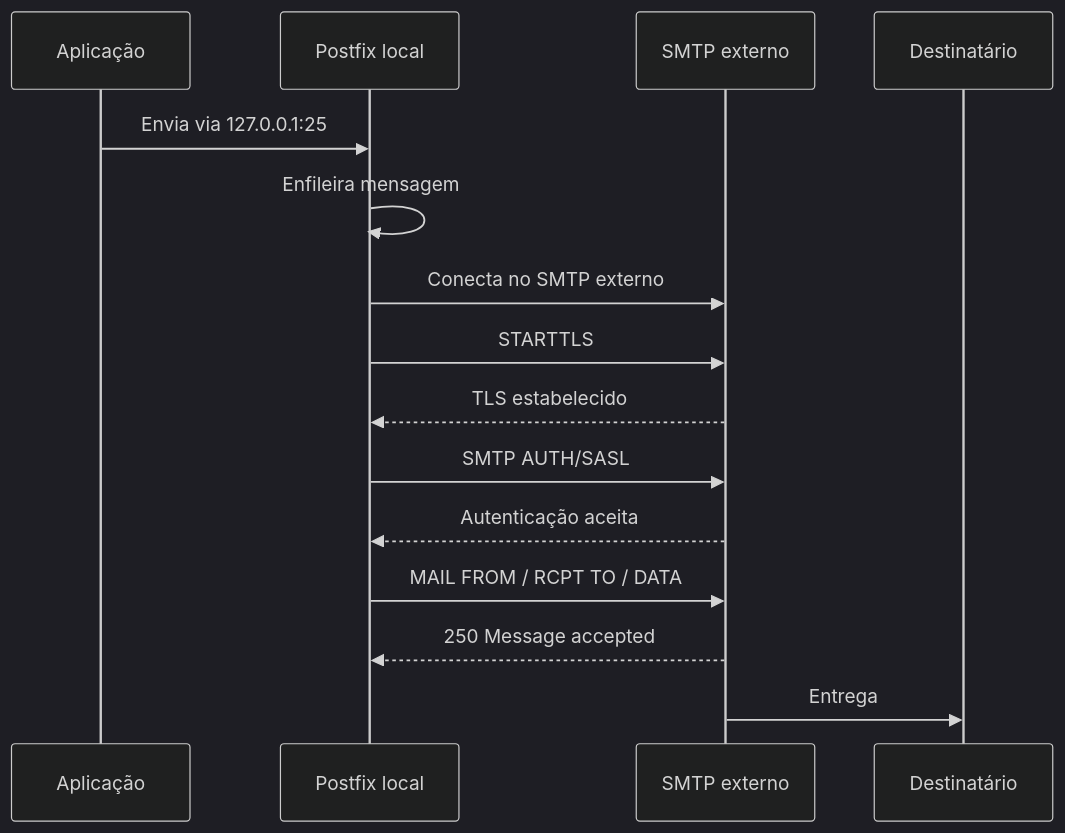
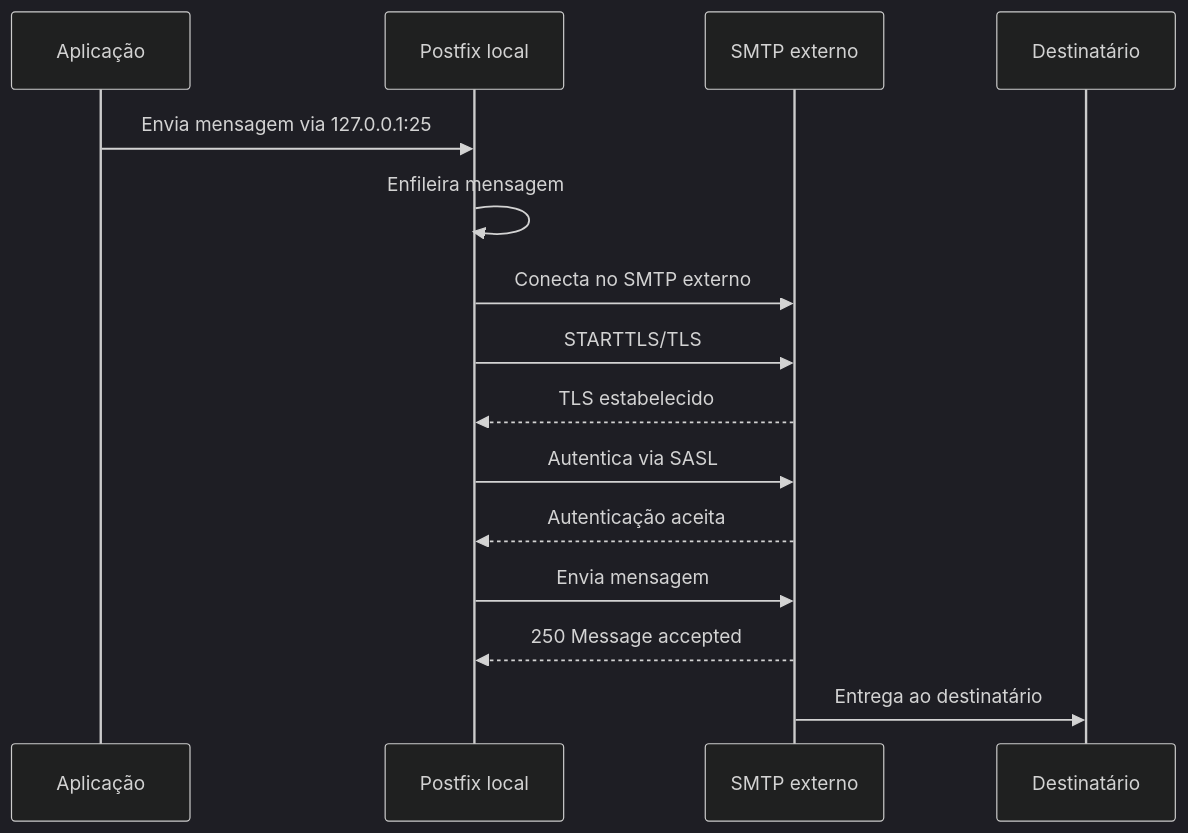
One commit to otaviox3/postfix-smtp-relay changed the third of 3 diagrams in README.md. Above: the diagram before and after it, drawn with Mermaid (dark theme). The commit also changed other lines of this file and 11 other files, not shown here.

````diff
--- a/README.md
+++ b/README.md
@@ -59,17 +103,18 @@
 ```mermaid
 sequenceDiagram
     participant APP as Aplicação
     participant PF as Postfix local
     participant SMTP as SMTP externo
     participant DST as Destinatário
-    APP->>PF: Envia via 127.0.0.1:25
+
+    APP->>PF: Envia mensagem via 127.0.0.1:25
     PF->>PF: Enfileira mensagem
     PF->>SMTP: Conecta no SMTP externo
-    PF->>SMTP: STARTTLS
+    PF->>SMTP: STARTTLS/TLS
     SMTP-->>PF: TLS estabelecido
-    PF->>SMTP: SMTP AUTH/SASL
+    PF->>SMTP: Autentica via SASL
     SMTP-->>PF: Autenticação aceita
-    PF->>SMTP: MAIL FROM / RCPT TO / DATA
+    PF->>SMTP: Envia mensagem
     SMTP-->>PF: 250 Message accepted
-    SMTP->>DST: Entrega
+    SMTP->>DST: Entrega ao destinatário
 ```
````
